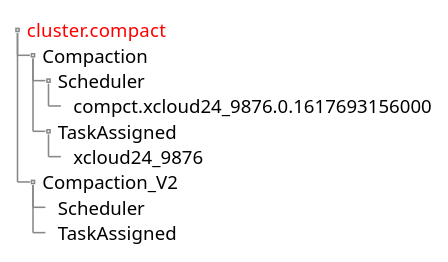
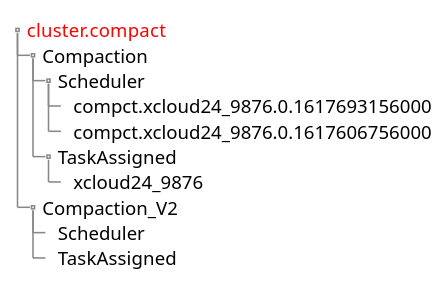
One commit to HarpsealCC/note changed the sixth of 10 diagrams in 东方国信工作资料/compaction/Compaction任务升级方案.md. Above: the diagram before and after it, drawn with PlantUML. The commit also changed other lines of this file and 1 other file, not shown here.

````diff
--- a/东方国信工作资料/compaction/Compaction任务升级方案.md
+++ b/东方国信工作资料/compaction/Compaction任务升级方案.md
@@ -104,17 +153,18 @@
 ```plantuml
 @startsalt
 {
 {T
  + <color:red>cluster.compact
  ++ Compaction
  +++ Scheduler
- ++++ compct.xcloud24_9876.0.1617693156000 
+ ++++ compct.xcloud24_9876.0.1617693156000
+ ++++ compct.xcloud24_9876.0.1617606756000
  +++ TaskAssigned
  ++++ xcloud24_9876
  ++ Compaction_V2
  +++ Scheduler
  +++ TaskAssigned
 }
 }
 @endsalt
 ```
````
